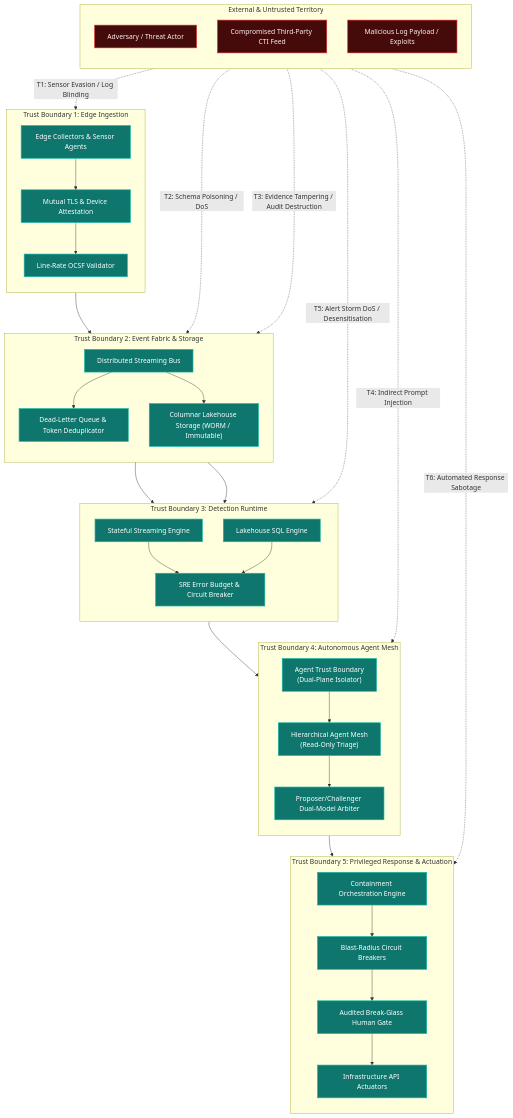
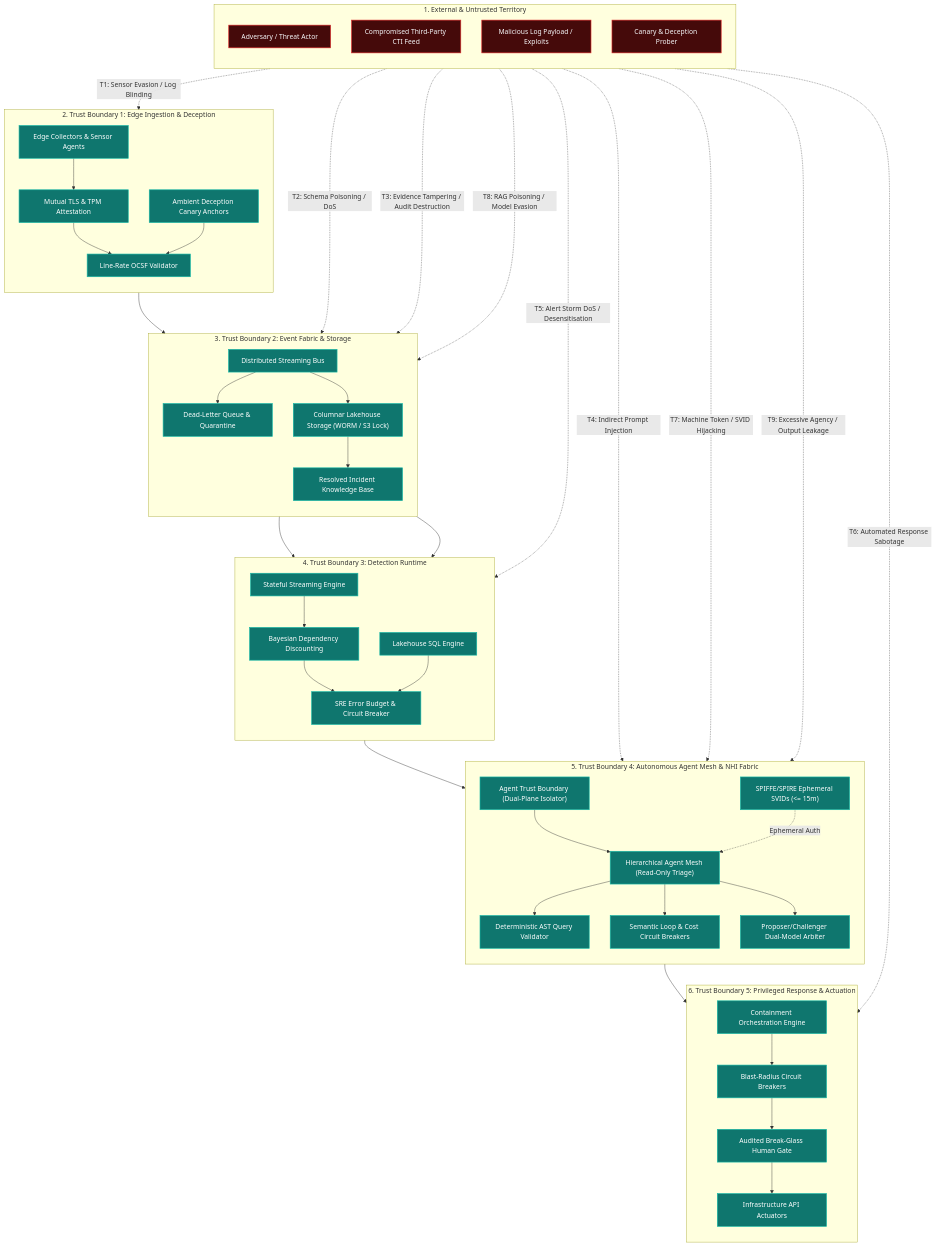
One commit to Haribu/TIDIR changed the diagram in docs/architecture/09-threat-model.md. Above: the diagram before and after it, drawn with Mermaid. The commit also changed other lines of this file and 6 other files, not shown here.

````diff
--- a/docs/architecture/09-threat-model.md
+++ b/docs/architecture/09-threat-model.md
@@ -18,41 +18,48 @@
 ```mermaid
 flowchart TB
-    subgraph ZONE_EXTERNAL["External & Untrusted Territory"]
+    subgraph S1_EXTERNAL["1. External & Untrusted Territory"]
         direction TB
         ADV["Adversary / Threat Actor"]
         EXT_TI["Compromised Third-Party CTI Feed"]
         MAL_PAYLOAD["Malicious Log Payload / Exploits"]
+        CANARY_PROBE["Canary & Deception Prober"]
     end
 
-    subgraph BOUNDARY_INGEST["Trust Boundary 1: Edge Ingestion"]
+    subgraph S2_INGEST["2. Trust Boundary 1: Edge Ingestion & Deception"]
         direction TB
         COLL["Edge Collectors & Sensor Agents"]
-        MTLS["Mutual TLS & Device Attestation"]
+        MTLS["Mutual TLS & TPM Attestation"]
         SAN["Line-Rate OCSF Validator"]
+        DECOY["Ambient Deception Canary Anchors"]
     end
 
-    subgraph BOUNDARY_STREAM["Trust Boundary 2: Event Fabric & Storage"]
+    subgraph S3_STREAM["3. Trust Boundary 2: Event Fabric & Storage"]
         direction TB
         BUS["Distributed Streaming Bus"]
-        DLQ["Dead-Letter Queue & Token Deduplicator"]
-        LAKE["Columnar Lakehouse Storage (WORM / Immutable)"]
+        DLQ["Dead-Letter Queue & Quarantine"]
+        LAKE["Columnar Lakehouse Storage (WORM / S3 Lock)"]
+        RAG_KB["Resolved Incident Knowledge Base"]
     end
 
-    subgraph BOUNDARY_DETECTION["Trust Boundary 3: Detection Runtime"]
+    subgraph S4_DETECTION["4. Trust Boundary 3: Detection Runtime"]
         direction TB
         STREAM_ENG["Stateful Streaming Engine"]
         BATCH_ENG["Lakehouse SQL Engine"]
         NOISE_BUDGET["SRE Error Budget & Circuit Breaker"]
+        BAYES["Bayesian Dependency Discounting"]
     end
 
-    subgraph BOUNDARY_AI["Trust Boundary 4: Autonomous Agent Mesh"]
+    subgraph S5_AI["5. Trust Boundary 4: Autonomous Agent Mesh & NHI Fabric"]
         direction TB
-        FW["Agent Trust Boundary<br>(Dual-Plane Isolator)"]
-        MESH["Hierarchical Agent Mesh<br>(Read-Only Triage)"]
+        FW["Agent Trust Boundary (Dual-Plane Isolator)"]
+        MESH["Hierarchical Agent Mesh (Read-Only Triage)"]
+        SPIFFE_SVID["SPIFFE/SPIRE Ephemeral SVIDs (<= 15m)"]
+        AST_VAL["Deterministic AST Query Validator"]
+        LOOP_BRK["Semantic Loop & Cost Circuit Breakers"]
         ARB["Proposer/Challenger Dual-Model Arbiter"]
     end
 
-    subgraph BOUNDARY_RESPONSE["Trust Boundary 5: Privileged Response & Actuation"]
+    subgraph S6_RESPONSE["6. Trust Boundary 5: Privileged Response & Actuation"]
         direction TB
         RESP["Containment Orchestration Engine"]
         BREAKER["Blast-Radius Circuit Breakers"]
@@ -67,23 +74,31 @@
     MAL_PAYLOAD -.->|"T4: Indirect Prompt Injection"| FW
     ADV -.->|"T5: Alert Storm DoS / Desensitisation"| STREAM_ENG
     ADV -.->|"T6: Automated Response Sabotage"| RESP
+    ADV -.->|"T7: Machine Token / SVID Hijacking"| SPIFFE_SVID
+    EXT_TI -.->|"T8: RAG Poisoning / Model Evasion"| RAG_KB
+    CANARY_PROBE -.->|"T9: Excessive Agency / Output Leakage"| MESH
 
     %% Legitimate Data Flows & Controls
     COLL --> MTLS --> SAN --> BUS
+    DECOY --> SAN
     BUS --> DLQ
     BUS --> LAKE
     BUS --> STREAM_ENG
     LAKE --> BATCH_ENG
-    STREAM_ENG --> NOISE_BUDGET
+    LAKE --> RAG_KB
+    STREAM_ENG --> BAYES --> NOISE_BUDGET
     BATCH_ENG --> NOISE_BUDGET
     NOISE_BUDGET --> FW
-    FW --> MESH --> ARB
+    FW --> MESH
+    MESH --> AST_VAL
+    MESH --> LOOP_BRK
+    MESH --> ARB
+    SPIFFE_SVID -.->|Ephemeral Auth| MESH
     ARB --> RESP
     RESP --> BREAKER --> BREAK_GLASS --> ACTUATORS
 
-    classDef external fill:#450a0a,stroke:#dc2626,stroke-width:1.5px,color:#fef2f2;
-    classDef boundary fill:#0f172a,stroke:#3b82f6,stroke-width:1.5px,color:#f8fafc;
+    classDef external fill:#450a0a,stroke:#dc2626,stroke-width:1.5px,color:#f8fafc;
     classDef control fill:#0f766e,stroke:#14b8a6,stroke-width:1.5px,color:#ffffff;
-    class ADV,EXT_TI,MAL_PAYLOAD external;
-    class COLL,MTLS,SAN,BUS,DLQ,LAKE,STREAM_ENG,BATCH_ENG,NOISE_BUDGET,FW,MESH,ARB,RESP,BREAKER,BREAK_GLASS,ACTUATORS control;
+    class ADV,EXT_TI,MAL_PAYLOAD,CANARY_PROBE external;
+    class COLL,MTLS,SAN,DECOY,BUS,DLQ,LAKE,RAG_KB,STREAM_ENG,BATCH_ENG,NOISE_BUDGET,BAYES,FW,MESH,SPIFFE_SVID,AST_VAL,LOOP_BRK,ARB,RESP,BREAKER,BREAK_GLASS,ACTUATORS control;
 ```
````
